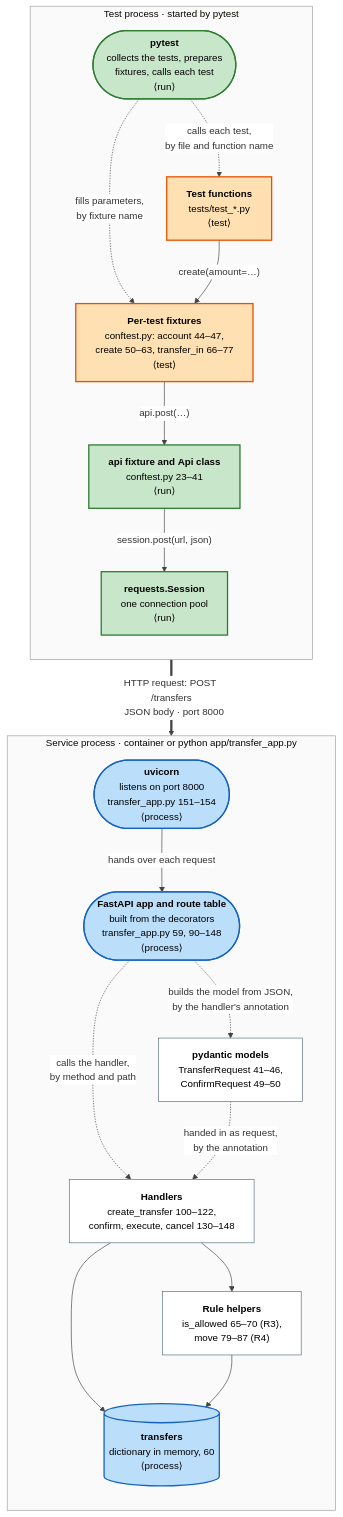
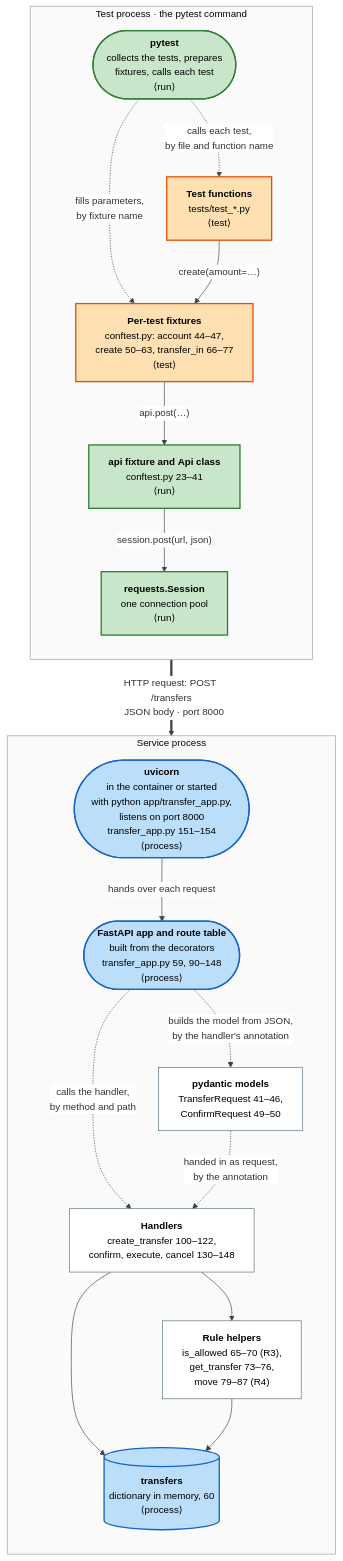
One commit to tiavelum/test-automation-demo changed the first of 5 diagrams in docs/how-the-tests-work.md. Above: the diagram before and after it, drawn with Mermaid. The commit also changed other lines of this file, not shown here.

First line of the commit message:
docs: correct the diagram document after its review

````diff
--- a/docs/how-the-tests-work.md
+++ b/docs/how-the-tests-work.md
@@ -26,79 +31,82 @@
 ```mermaid
 %%{init: {"theme": "base", "markdownAutoWrap": false, "flowchart": {"curve": "basis", "wrappingWidth": 400}, "themeVariables": {"fontSize": "15px", "lineColor": "#424242", "edgeLabelBackground": "#FFFFFF"}}}%%
 flowchart TB
-  subgraph TP["Test process · started by pytest"]
+  subgraph TP["Test process · the pytest command"]
     direction TB
     PYT(["`**pytest**
     collects the tests, prepares
     fixtures, calls each test
     ⟨run⟩`"])
     TF["`**Test functions**
     tests/test_*.py
     ⟨test⟩`"]
     FXT["`**Per-test fixtures**
     conftest.py: account 44–47,
     create 50–63, transfer_in 66–77
     ⟨test⟩`"]
     API["`**api fixture and Api class**
     conftest.py 23–41
     ⟨run⟩`"]
     SES["`**requests.Session**
     one connection pool
     ⟨run⟩`"]
   end
 
-  subgraph SP["Service process · container or python app/transfer_app.py"]
+  subgraph SP["Service process"]
     direction TB
     UV(["`**uvicorn**
+    in the container or started
+    with python app/transfer_app.py,
     listens on port 8000
     transfer_app.py 151–154
     ⟨process⟩`"])
     RT(["`**FastAPI app and route table**
     built from the decorators
     transfer_app.py 59, 90–148
     ⟨process⟩`"])
     PD["`**pydantic models**
     TransferRequest 41–46,
     ConfirmRequest 49–50`"]
     HD["`**Handlers**
     create_transfer 100–122,
     confirm, execute, cancel 130–148`"]
     RL["`**Rule helpers**
     is_allowed 65–70 (R3),
+    get_transfer 73–76,
     move 79–87 (R4)`"]
     DB[("`**transfers**
     dictionary in memory, 60
     ⟨process⟩`")]
   end
 
   PYT -. "calls each test,
   by file and function name" .-> TF
   PYT -. "fills parameters,
   by fixture name" .-> FXT
   TF -- "create(amount=…)" --> FXT
   FXT -- "api.post(…)" --> API
   API -- "session.post(url, json)" --> SES
   SES == "HTTP request: POST /transfers
   JSON body · port 8000" ==> UV
   UV -- "hands over each request" --> RT
   RT -. "builds the model from JSON,
   by the handler's annotation" .-> PD
   RT -. "calls the handler,
   by method and path" .-> HD
   PD -. "handed in as request,
   by the annotation" .-> HD
   HD --> RL
   HD --> DB
   RL --> DB
 
   classDef run fill:#C8E6C9,stroke:#2E7D32,stroke-width:2px,color:#000
   classDef test fill:#FFE0B2,stroke:#E65100,stroke-width:2px,color:#000
   classDef process fill:#BBDEFB,stroke:#1565C0,stroke-width:2px,color:#000
   classDef plain fill:#FFFFFF,stroke:#546E7A,color:#000
   class PYT,API,SES run
   class TF,FXT test
   class UV,RT,DB process
   class PD,HD,RL plain
   style TP fill:#FAFAFA,stroke:#9E9E9E
   style SP fill:#FAFAFA,stroke:#9E9E9E
 ```
````
